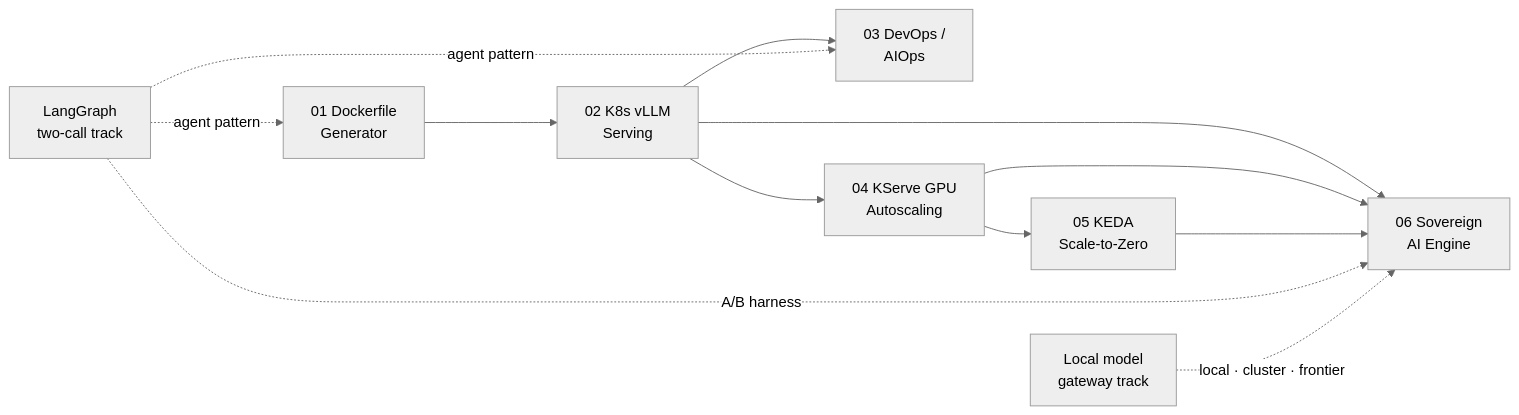
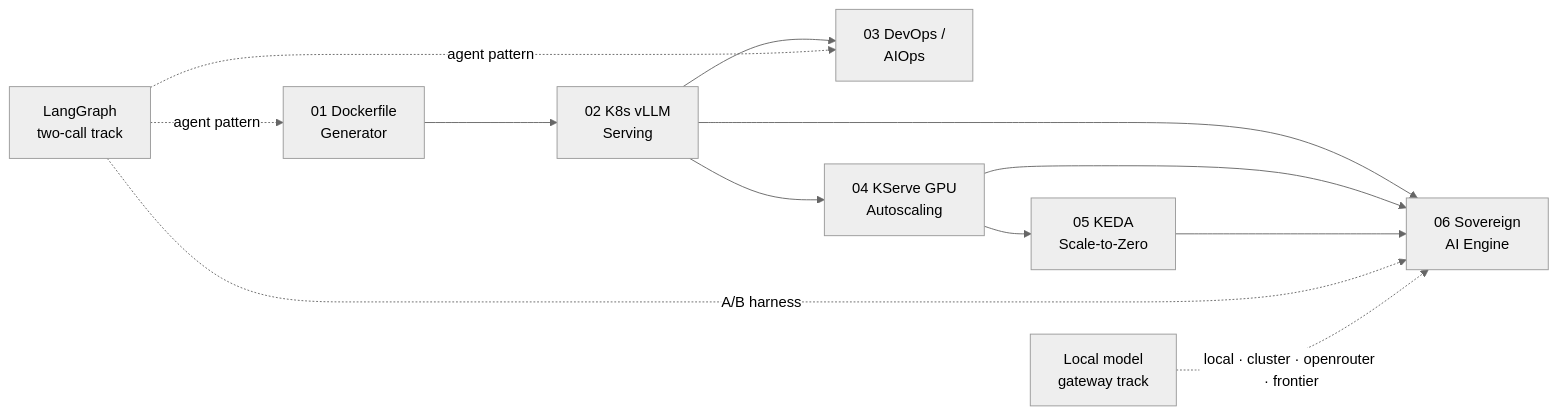
The diagram in wiki/overview.md (K4nishk/myPlayground), drawn with Mermaid (neutral theme) before and after one commit. The commit also changed other lines of this file and 10 other files, not shown here.

````diff
--- a/wiki/overview.md
+++ b/wiki/overview.md
@@ -20,11 +20,11 @@
 ```mermaid
 flowchart LR
   P1[01 Dockerfile<br/>Generator] --> P2[02 K8s vLLM<br/>Serving]
   P2 --> P3[03 DevOps /<br/>AIOps]
   P2 --> P4[04 KServe GPU<br/>Autoscaling]
   P4 --> P5[05 KEDA<br/>Scale-to-Zero]
   P2 & P4 & P5 --> P6[06 Sovereign<br/>AI Engine]
   L[LangGraph<br/>two-call track] -.agent pattern.-> P1 & P3
   L -.A/B harness.-> P6
-  GW[Local model<br/>gateway track] -.local · cluster · frontier.-> P6
+  GW[Local model<br/>gateway track] -.local · cluster · openrouter · frontier.-> P6
 ```
````
